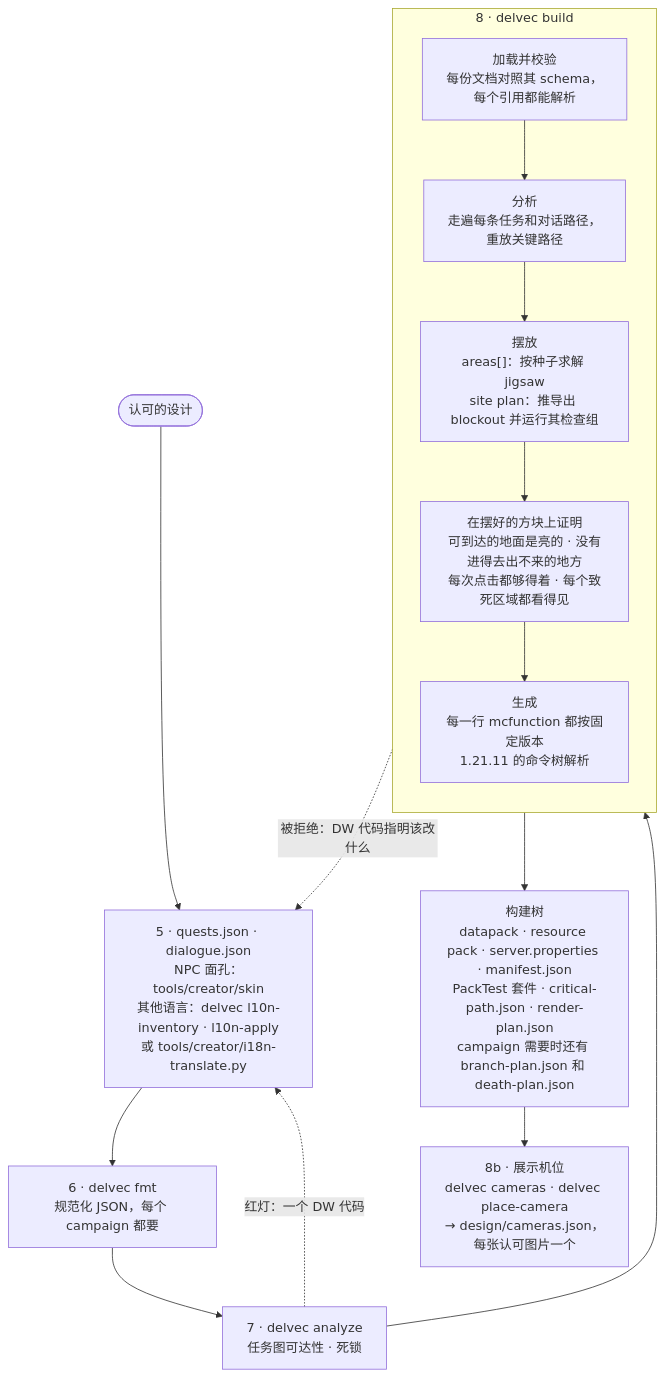
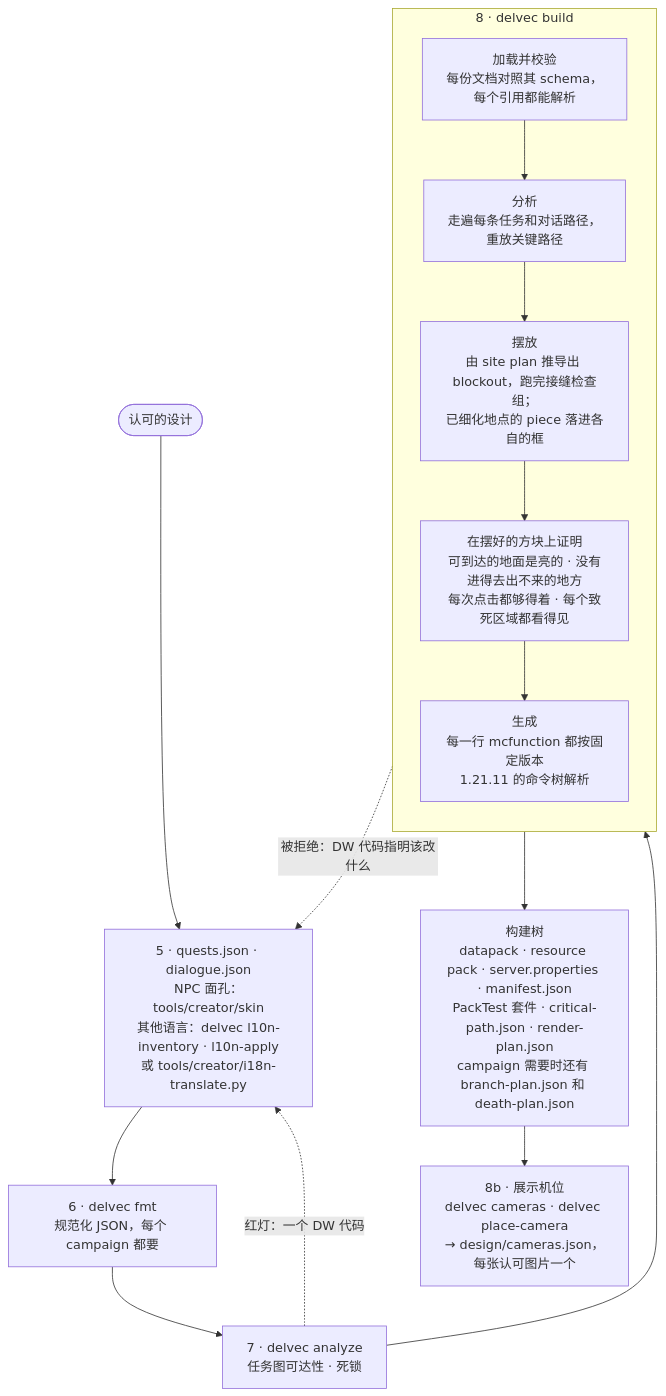
Before and after one commit to stellarfeline/delvewright: the fourth of 9 diagrams in docs/how-it-works.zh-CN.md, drawn with Mermaid. The commit also changed other lines of this file and 1 other file, not shown here.

First line of the commit message:
docs(how-it-works): every map is a site plan (ADR-0032)

````diff
--- a/docs/how-it-works.zh-CN.md
+++ b/docs/how-it-works.zh-CN.md
@@ -88,21 +85,21 @@
 ```mermaid
 flowchart TD
     DJ(["认可的设计"]) --> C5["5 · quests.json · dialogue.json<br/>NPC 面孔：tools/creator/skin<br/>其他语言：delvec l10n-inventory · l10n-apply<br/>或 tools/creator/i18n-translate.py"]
     C5 --> FMT["6 · delvec fmt<br/>规范化 JSON，每个 campaign 都要"]
     FMT --> AN["7 · delvec analyze<br/>任务图可达性 · 死锁"]
     AN -.->|"红灯：一个 DW 代码"| C5
     AN --> BUILD
 
     subgraph BUILD ["8 · delvec build"]
         direction TB
         B1["加载并校验<br/>每份文档对照其 schema，<br/>每个引用都能解析"]
         B1 --> B2["分析<br/>走遍每条任务和对话路径，<br/>重放关键路径"]
-        B2 --> B3["摆放<br/>areas[]：按种子求解 jigsaw<br/>site plan：推导出 blockout 并运行其检查组"]
+        B2 --> B3["摆放<br/>由 site plan 推导出 blockout，跑完接缝检查组；<br/>已细化地点的 piece 落进各自的框"]
         B3 --> B4["在摆好的方块上证明<br/>可到达的地面是亮的 · 没有进得去出不来的地方<br/>每次点击都够得着 · 每个致死区域都看得见"]
         B4 --> B5["生成<br/>每一行 mcfunction 都按固定版本<br/>1.21.11 的命令树解析"]
     end
 
     BUILD -.->|"被拒绝：DW 代码指明该改什么"| C5
     BUILD --> OUT["构建树<br/>datapack · resource pack · server.properties · manifest.json<br/>PackTest 套件 · critical-path.json · render-plan.json<br/>campaign 需要时还有 branch-plan.json 和 death-plan.json"]
     OUT --> CAM["8b · 展示机位<br/>delvec cameras · delvec place-camera<br/>→ design/cameras.json，每张认可图片一个"]
 ```
````
